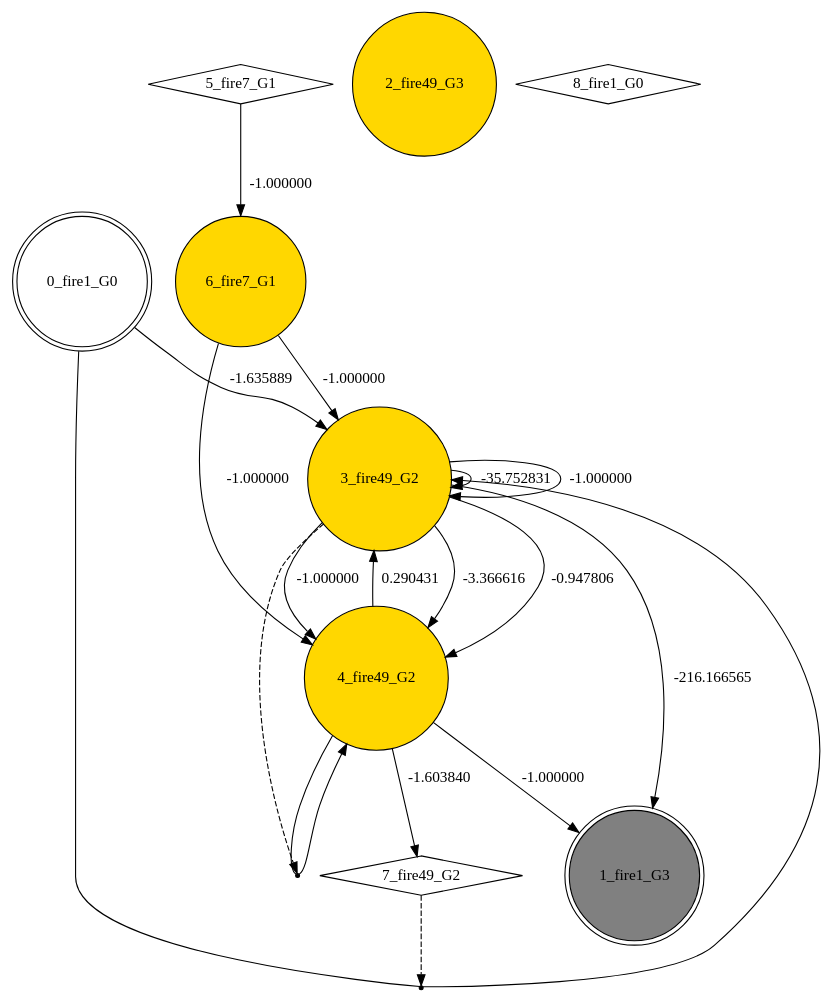
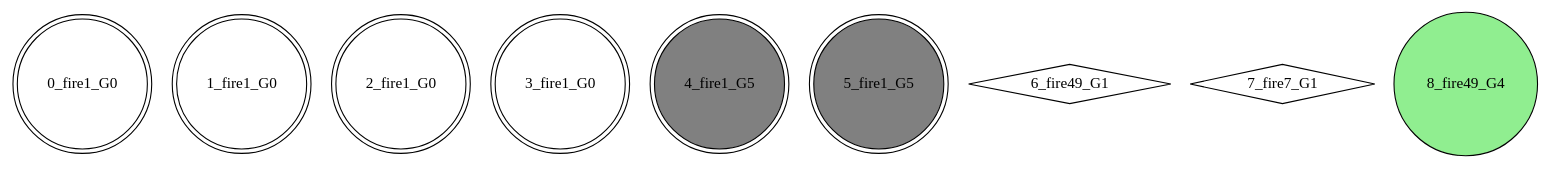
One commit to yi1306c12/suna_c changed the diagram in best_individual.dot. Above: the diagram before and after it, drawn with Graphviz. The commit also changed 10 other files, not shown here.

```diff
--- a/best_individual.dot
+++ b/best_individual.dot
@@ -1,33 +1,12 @@
 digraph G {
  node[shape = circle]
 0 [label="0_fire1_G0",shape=doublecircle]
-1 [label="1_fire1_G3",shape=doublecircle, style=filled, fillcolor=gray]
-2 [label="2_fire49_G3",style=filled, fillcolor=gold]
-3 [label="3_fire49_G2",style=filled, fillcolor=gold]
-4 [label="4_fire49_G2",style=filled, fillcolor=gold]
-5 [label="5_fire7_G1",shape=diamond]
-6 [label="6_fire7_G1",style=filled, fillcolor=gold]
-7 [label="7_fire49_G2",shape=diamond]
-8 [label="8_fire1_G0",shape=diamond]
-3 -> 3 [label="-35.752831"]
-9 [shape=point, label=""]
-7 -> 9 [style=dashed] 
-0 -> 9 [dir=none]
-9 -> 3 
-3 -> 1 [label="-216.166565"]
-3 -> 4 [label="-3.366616"]
-10 [shape=point, label=""]
-3 -> 10 [style=dashed] 
-4 -> 10 [dir=none]
-10 -> 4 
-0 -> 3 [label="-1.635889"]
-4 -> 3 [label="0.290431"]
-5 -> 6 [label="-1.000000"]
-4 -> 7 [label="-1.603840"]
-3 -> 4 [label="-0.947806"]
-4 -> 1 [label="-1.000000"]
-3 -> 4 [label="-1.000000"]
-6 -> 3 [label="-1.000000"]
-6 -> 4 [label="-1.000000"]
-3 -> 3 [label="-1.000000"]
+1 [label="1_fire1_G0",shape=doublecircle]
+2 [label="2_fire1_G0",shape=doublecircle]
+3 [label="3_fire1_G0",shape=doublecircle]
+4 [label="4_fire1_G5",shape=doublecircle, style=filled, fillcolor=gray]
+5 [label="5_fire1_G5",shape=doublecircle, style=filled, fillcolor=gray]
+6 [label="6_fire49_G1",shape=diamond]
+7 [label="7_fire7_G1",shape=diamond]
+8 [label="8_fire49_G4",style=filled, fillcolor=lightgreen]
 }
```
